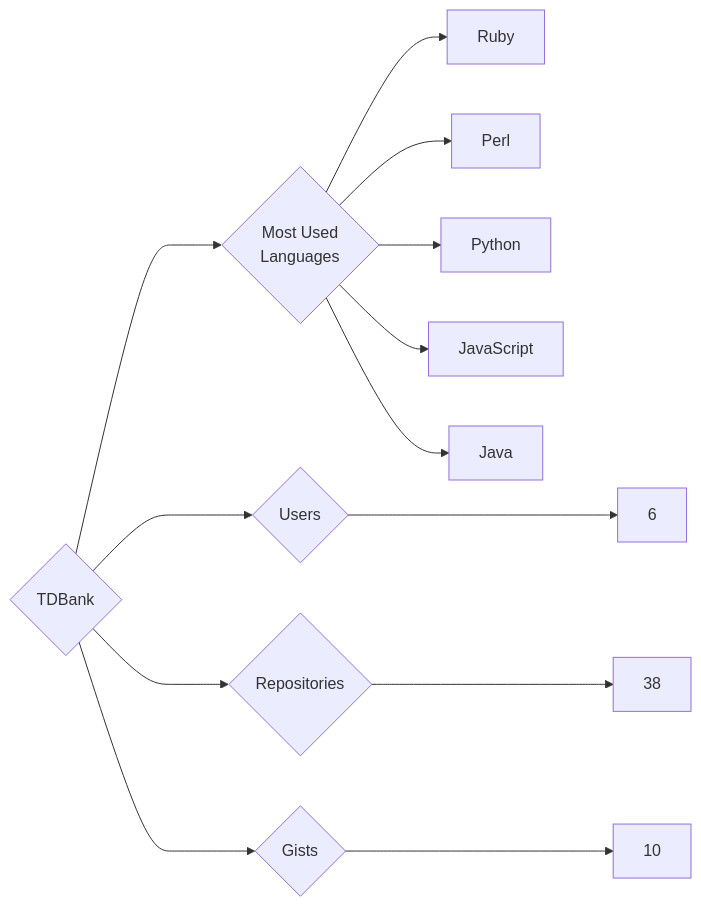
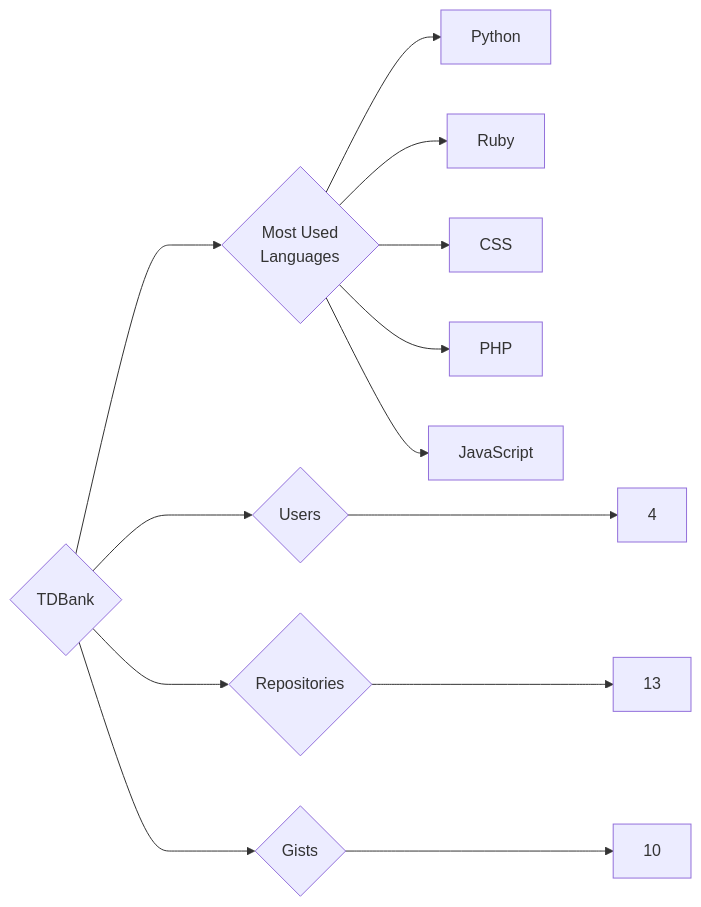
One commit to trickest/insiders changed the diagram in targets/TDBank/README.md. Above: the diagram before and after it, drawn with Mermaid. The commit also changed 1389 other files, not shown here.

````diff
--- a/targets/TDBank/README.md
+++ b/targets/TDBank/README.md
@@ -3,13 +3,13 @@
 ```mermaid
 graph LR
 COMPANY_NAME{TDBank}
-COMPANY_NAME ---> U{Users} ---> UN[6]
-COMPANY_NAME ---> R{Repositories} ---> RN[38]
+COMPANY_NAME ---> U{Users} ---> UN[4]
+COMPANY_NAME ---> R{Repositories} ---> RN[13]
 COMPANY_NAME ---> G{Gists} ---> GN[10]
 COMPANY_NAME ---> ML{Most Used<br>Languages}
+ML --> Python[Python]
 ML --> Ruby[Ruby]
-ML --> Perl[Perl]
-ML --> Python[Python]
+ML --> CSS[CSS]
+ML --> PHP[PHP]
 ML --> JavaScript[JavaScript]
-ML --> Java[Java]
 ```
````
